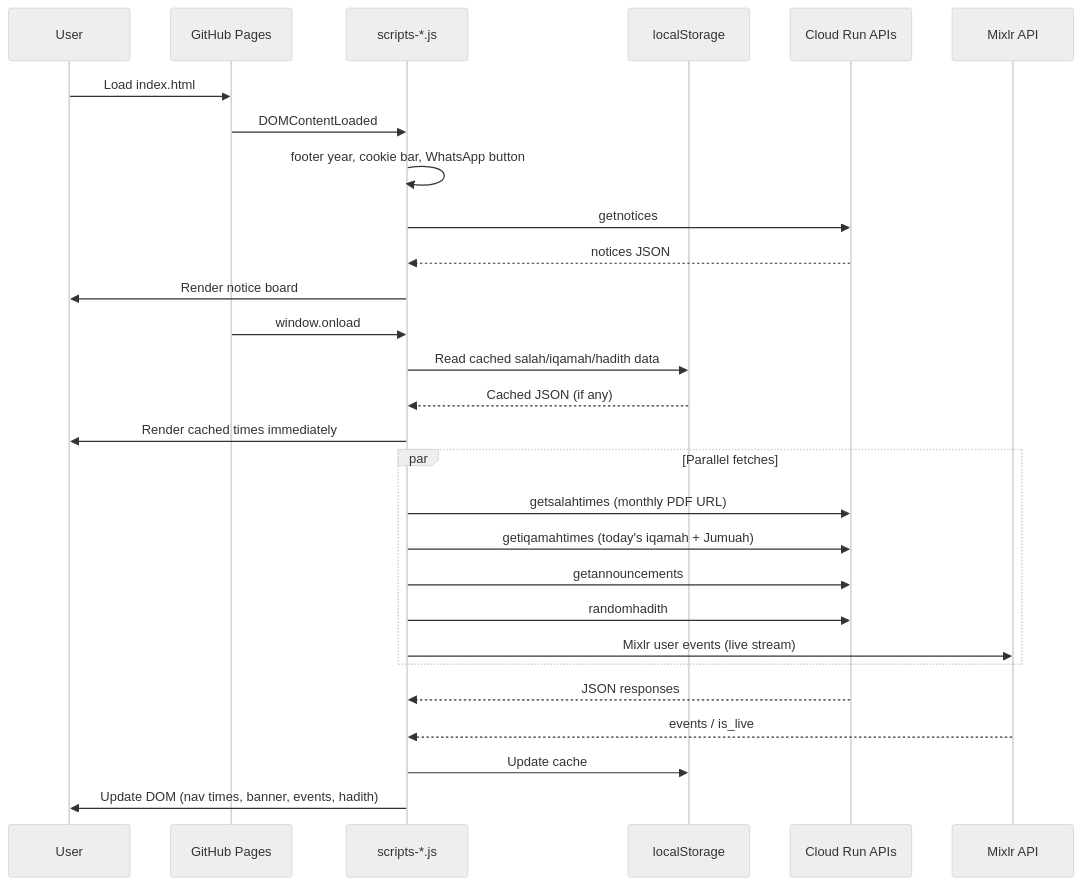
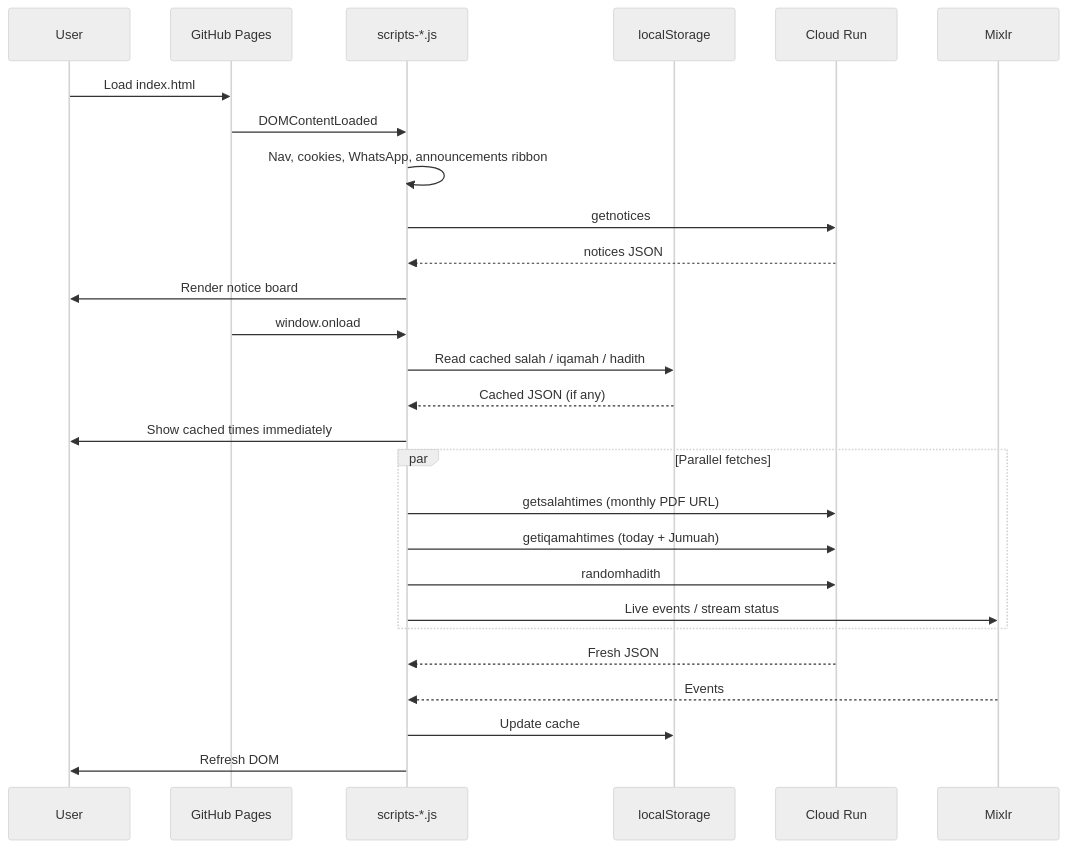
Before and after one commit to traleemasjidkicc/traleemasjidkicc.github.io: the second of 3 diagrams in README.md, drawn with Mermaid (neutral theme). The commit also changed other lines of this file and 7 other files, not shown here.

````diff
--- a/README.md
+++ b/README.md
@@ -64,32 +168,31 @@
 ```mermaid
 sequenceDiagram
     participant U as User
     participant P as GitHub Pages
     participant J as scripts-*.js
     participant LS as localStorage
-    participant API as Cloud Run APIs
-    participant MX as Mixlr API
+    participant API as Cloud Run
+    participant MX as Mixlr
 
     U->>P: Load index.html
     P->>J: DOMContentLoaded
-    J->>J: footer year, cookie bar, WhatsApp button
+    J->>J: Nav, cookies, WhatsApp, announcements ribbon
     J->>API: getnotices
     API-->>J: notices JSON
     J->>U: Render notice board
 
     P->>J: window.onload
-    J->>LS: Read cached salah/iqamah/hadith data
+    J->>LS: Read cached salah / iqamah / hadith
     LS-->>J: Cached JSON (if any)
-    J->>U: Render cached times immediately
+    J->>U: Show cached times immediately
     par Parallel fetches
         J->>API: getsalahtimes (monthly PDF URL)
-        J->>API: getiqamahtimes (today's iqamah + Jumuah)
-        J->>API: getannouncements
+        J->>API: getiqamahtimes (today + Jumuah)
         J->>API: randomhadith
-        J->>MX: Mixlr user events (live stream)
+        J->>MX: Live events / stream status
     end
-    API-->>J: JSON responses
-    MX-->>J: events / is_live
+    API-->>J: Fresh JSON
+    MX-->>J: Events
     J->>LS: Update cache
-    J->>U: Update DOM (nav times, banner, events, hadith)
+    J->>U: Refresh DOM
 ```
````
